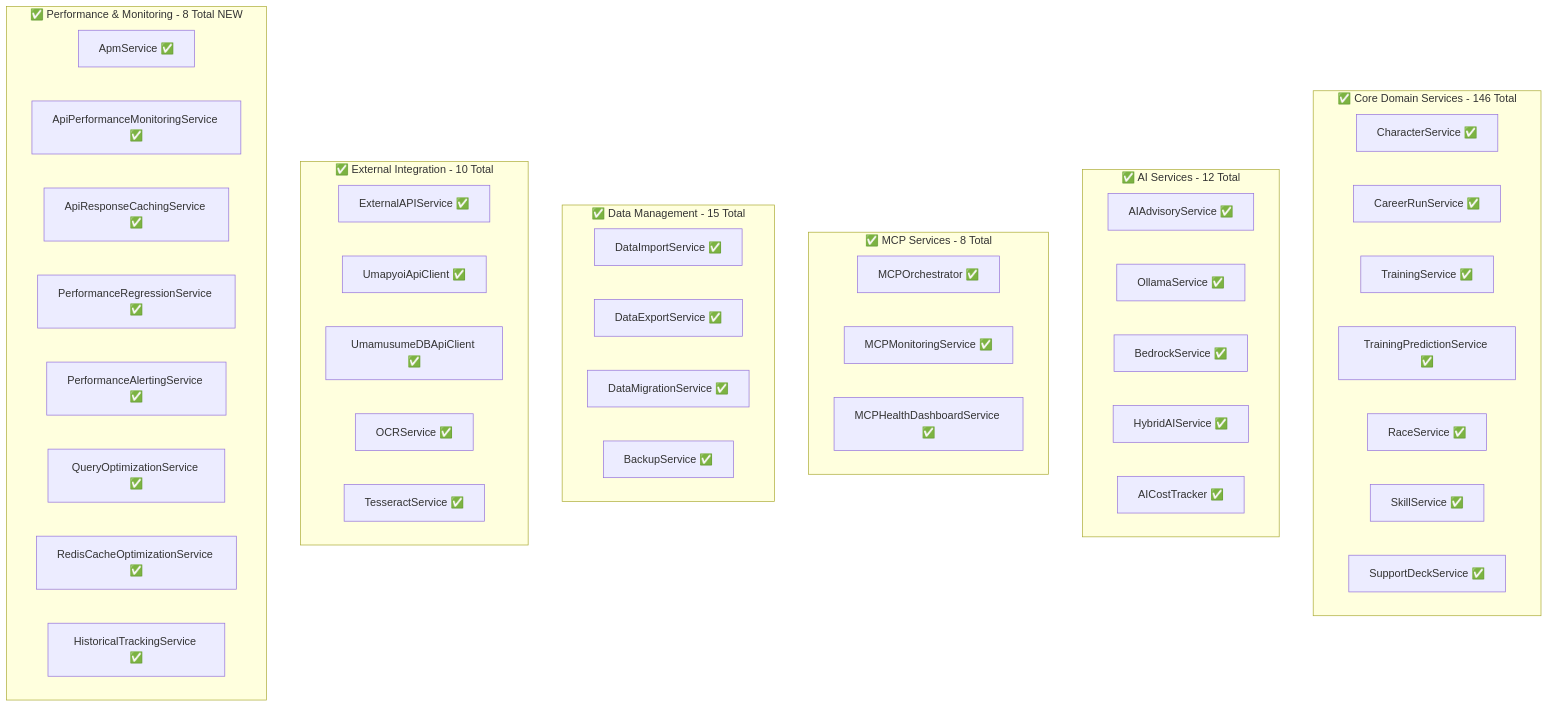
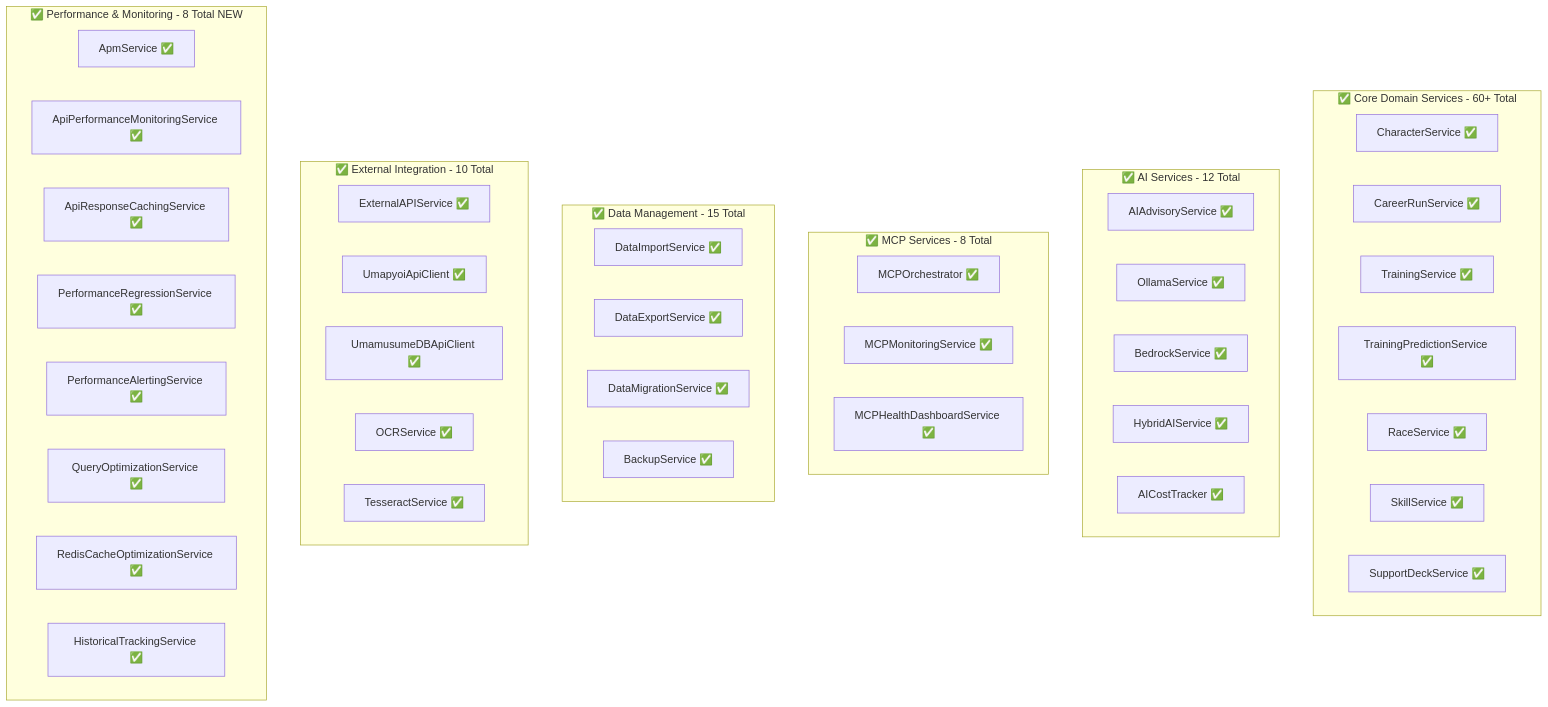
The sixth of 11 diagrams in docs/00-core-docs/000_IMPLEMENTATION_VERIFICATION_MATRIX.md (exatfrds67/umamusume-career-planner), drawn with Mermaid before and after one commit. The commit also changed other lines of this file and 1559 other files, not shown here.

````diff
--- a/docs/00-core-docs/000_IMPLEMENTATION_VERIFICATION_MATRIX.md
+++ b/docs/00-core-docs/000_IMPLEMENTATION_VERIFICATION_MATRIX.md
@@ -343,52 +352,52 @@
 ```mermaid
 flowchart TD
-    subgraph CoreServices[✅ Core Domain Services - 146 Total]
+    subgraph CoreServices[✅ Core Domain Services - 60+ Total]
         CharacterService[CharacterService ✅]
         CareerRunService[CareerRunService ✅]
         TrainingService[TrainingService ✅]
         PredictionService[TrainingPredictionService ✅]
         RaceService[RaceService ✅]
         SkillService[SkillService ✅]
         SupportDeckService[SupportDeckService ✅]
     end
     
     subgraph AIServices[✅ AI Services - 12 Total]
         AIAdvisory[AIAdvisoryService ✅]
         Ollama[OllamaService ✅]
         Bedrock[BedrockService ✅]
         HybridAI[HybridAIService ✅]
         CostTracker[AICostTracker ✅]
     end
     
     subgraph MCPServices[✅ MCP Services - 8 Total]
         MCPOrchestrator[MCPOrchestrator ✅]
         MCPMonitoring[MCPMonitoringService ✅]
         MCPHealth[MCPHealthDashboardService ✅]
     end
     
     subgraph DataServices[✅ Data Management - 15 Total]
         ImportService[DataImportService ✅]
         ExportService[DataExportService ✅]
         MigrationService[DataMigrationService ✅]
         BackupService[BackupService ✅]
     end
     
     subgraph ExternalServices[✅ External Integration - 10 Total]
         ExternalAPI[ExternalAPIService ✅]
         Umapyoi[UmapyoiApiClient ✅]
         UmamusumeDB[UmamusumeDBApiClient ✅]
         OCRService[OCRService ✅]
         TesseractService[TesseractService ✅]
     end
     
     subgraph PerformanceServices[✅ Performance & Monitoring - 8 Total NEW]
         APM[ApmService ✅]
         APIPerf[ApiPerformanceMonitoringService ✅]
         APICaching[ApiResponseCachingService ✅]
         PerfRegression[PerformanceRegressionService ✅]
         PerfAlerting[PerformanceAlertingService ✅]
         QueryOpt[QueryOptimizationService ✅]
         RedisOpt[RedisCacheOptimizationService ✅]
         Historical[HistoricalTrackingService ✅]
     end
 ```
````
